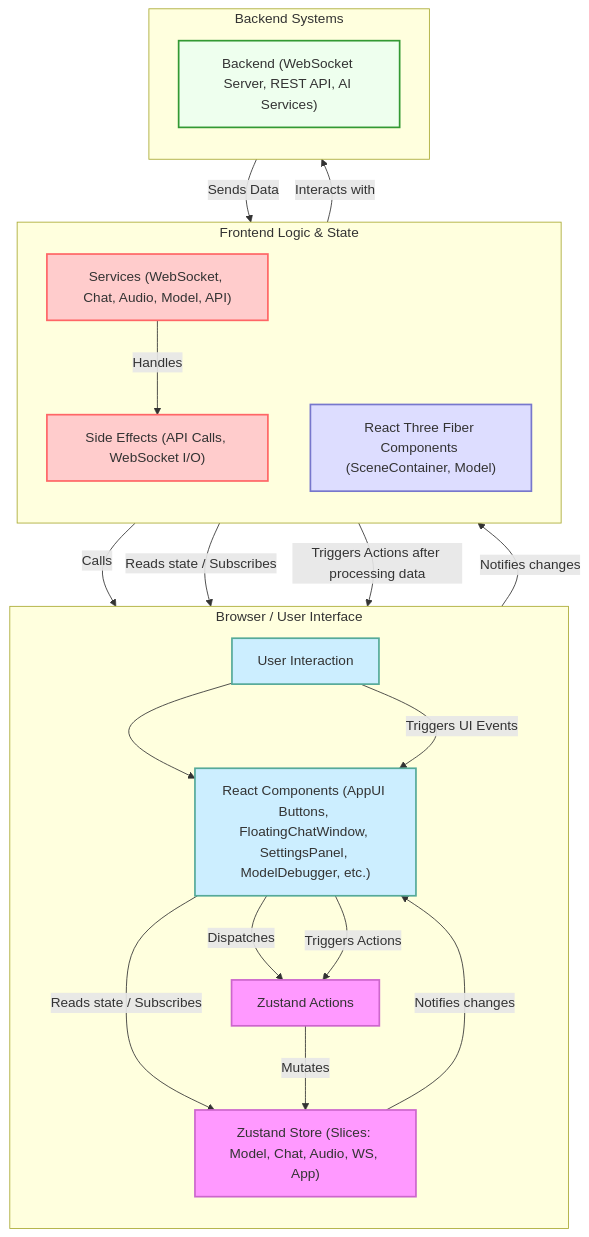
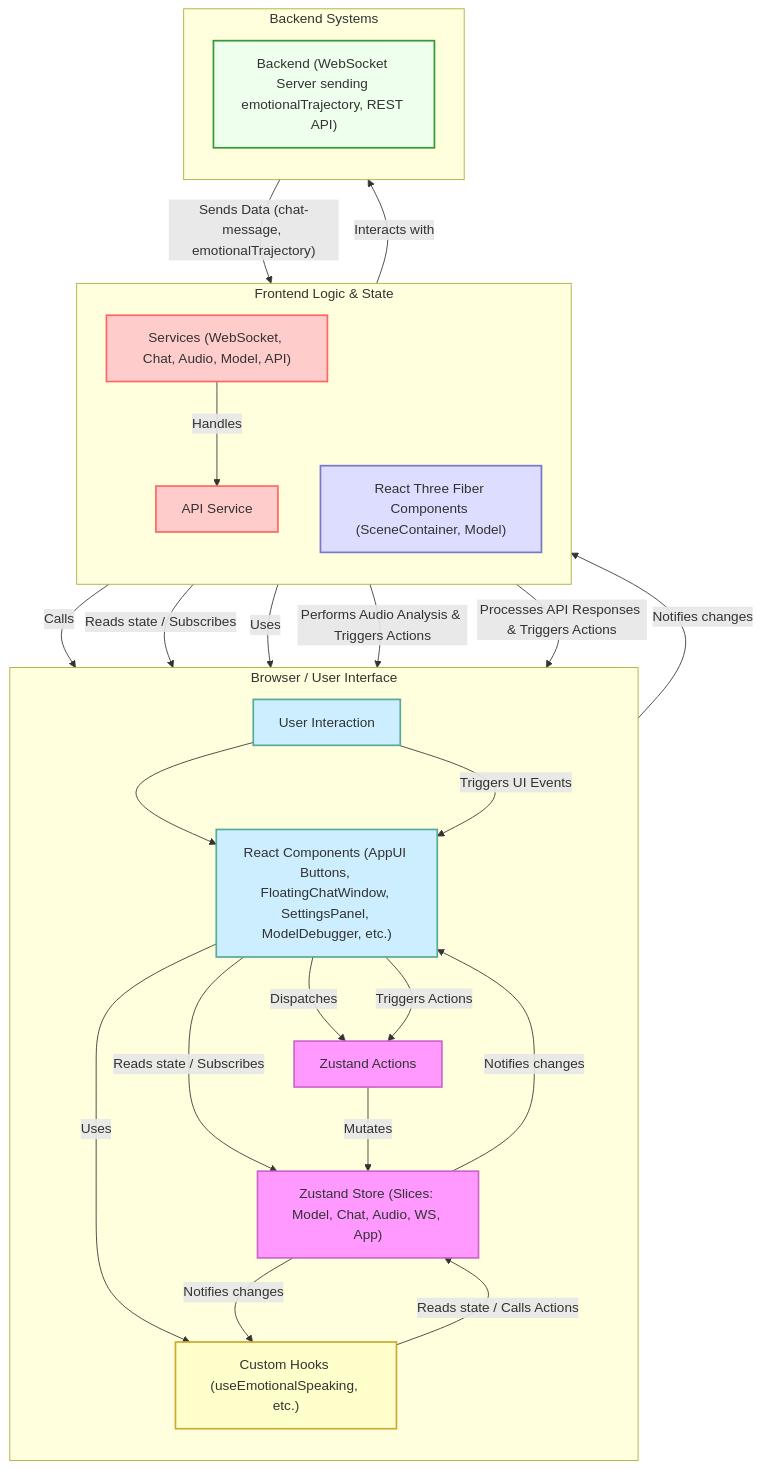
One commit to eggyy1224/space_live_project changed the diagram in docs/前端相關/前端架構概述.md. Above: the diagram before and after it, drawn with Mermaid. The commit also changed other lines of this file and 1 other file, not shown here.

````diff
--- a/docs/前端相關/前端架構概述.md
+++ b/docs/前端相關/前端架構概述.md
@@ -79,46 +87,53 @@
 ```mermaid
 graph TD
     subgraph Browser / User Interface
         direction TB
         User[User Interaction] --> UI_Elements["React Components (AppUI Buttons, FloatingChatWindow, SettingsPanel, ModelDebugger, etc.)"]
         UI_Elements -- Reads state / Subscribes --> Store["Zustand Store (Slices: Model, Chat, Audio, WS, App)"]
         UI_Elements -- Dispatches --> Actions[Zustand Actions]
+        UI_Elements -- Uses --> Hooks["Custom Hooks (useEmotionalSpeaking, etc.)"]
     end
 
     subgraph Frontend Logic & State
         direction TB
         Actions -- Mutates --> Store
+        Hooks -- Reads state / Calls Actions --> Store
         Services["Services (WebSocket, Chat, Audio, Model, API)"] -- Calls --> Actions
-        Services -- Handles --> SideEffects["Side Effects (API Calls, WebSocket I/O)"]
+        Services -- Handles --> SideEffects["Side Effects (API Calls, WebSocket I/O, Audio Analysis)"]
         R3F["React Three Fiber Components (SceneContainer, Model)"] -- Reads state / Subscribes --> Store
+        R3F -- Uses --> Hooks
     end
 
     subgraph Backend Systems
         direction TB
-        SideEffects -- Interacts with --> Backend["Backend (WebSocket Server, REST API, AI Services)"]
+        SideEffects -- Interacts with --> Backend["Backend (WebSocket Server sending emotionalTrajectory, REST API)"]
     end
 
     %% Data Flow Arrows
     User -- Triggers UI Events --> UI_Elements
     UI_Elements -- Triggers Actions --> Actions
-    Backend -- Sends Data --> SideEffects
-    SideEffects -- Triggers Actions after processing data --> Actions
+    Backend -- Sends Data (chat-message, emotionalTrajectory) --> SideEffects[WebSocketService]
+    SideEffects[AudioService] -- Performs Audio Analysis & Triggers Actions --> Actions
+    SideEffects[API Service] -- Processes API Responses & Triggers Actions --> Actions
     Store -- Notifies changes --> UI_Elements
     Store -- Notifies changes --> R3F
+    Store -- Notifies changes --> Hooks
 
     %% Class Styles
     classDef ui fill:#cef,stroke:#5a9,stroke-width:2px
     classDef state fill:#f9f,stroke:#c6c,stroke-width:2px
     classDef logic fill:#fcc,stroke:#f66,stroke-width:2px
     classDef backend fill:#efe,stroke:#393,stroke-width:2px
     classDef r3f fill:#ddf,stroke:#77c,stroke-width:2px
+    classDef hooks fill:#ffc,stroke:#ca3,stroke-width:2px
 
     class User ui
     class UI_Elements ui
     class Store state
     class Actions state
     class Services logic
     class SideEffects logic
     class Backend backend
     class R3F r3f
+    class Hooks hooks
 ```
````
